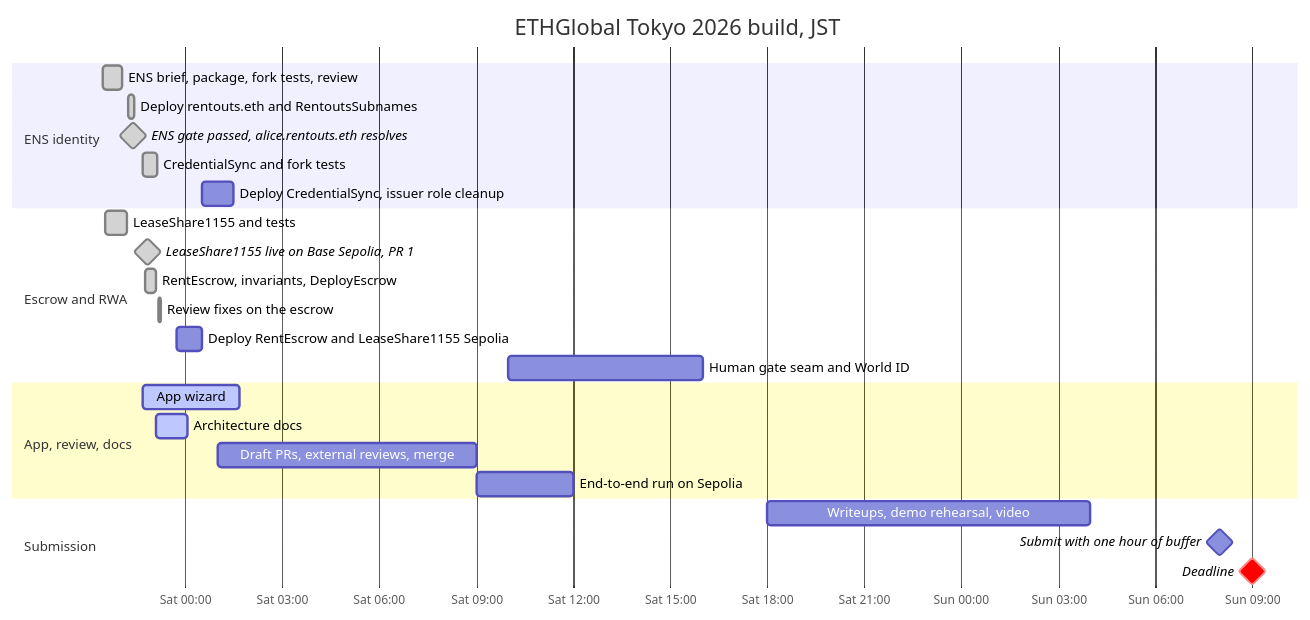
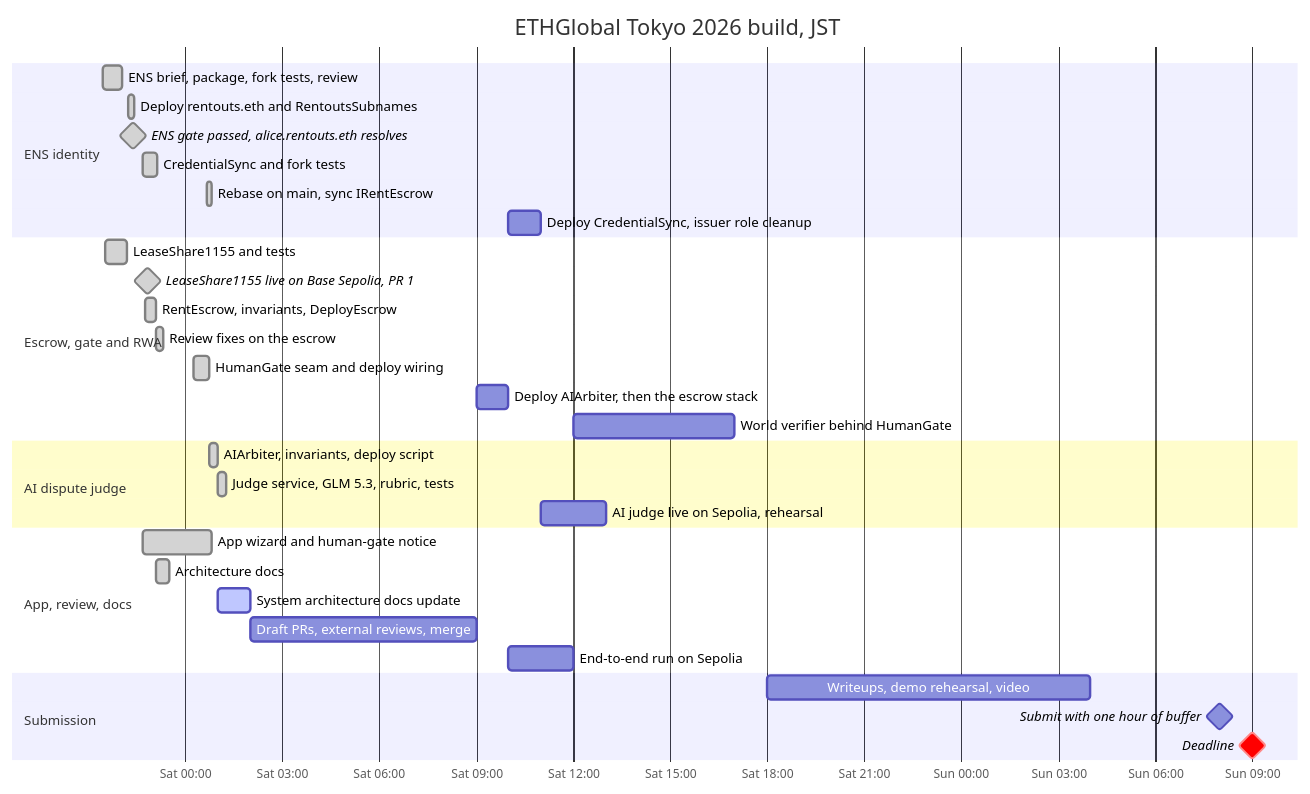
One commit to AiAlchemist0/rentouts-escrow changed the first of 3 diagrams in docs/PLAN.md. Above: the diagram before and after it, drawn with Mermaid. The commit also changed other lines of this file and 6 other files, not shown here.

````diff
--- a/docs/PLAN.md
+++ b/docs/PLAN.md
@@ -34,33 +37,41 @@
 ```mermaid
 gantt
     title ETHGlobal Tokyo 2026 build, JST
     dateFormat YYYY-MM-DD HH:mm
     axisFormat %a %H:%M
     todayMarker off
 
     section ENS identity
     ENS brief, package, fork tests, review        :done, ens1, 2026-09-25 21:27, 35m
     Deploy rentouts.eth and RentoutsSubnames      :done, ens2, 2026-09-25 22:15, 10m
     ENS gate passed, alice.rentouts.eth resolves  :milestone, done, gate, 2026-09-25 22:24, 0m
     CredentialSync and fork tests                 :done, ens3, 2026-09-25 22:42, 25m
-    Deploy CredentialSync, issuer role cleanup    :ens4, 2026-09-26 00:30, 1h
+    Rebase on main, sync IRentEscrow              :done, ens4, 2026-09-26 00:40, 10m
+    Deploy CredentialSync, issuer role cleanup    :ens5, 2026-09-26 10:00, 1h
 
-    section Escrow and RWA
+    section Escrow, gate and RWA
     LeaseShare1155 and tests                      :done, rwa1, 2026-09-25 21:31, 40m
     LeaseShare1155 live on Base Sepolia, PR 1     :milestone, done, rwa2, 2026-09-25 22:51, 0m
     RentEscrow, invariants, DeployEscrow          :done, esc1, 2026-09-25 22:45, 20m
-    Review fixes on the escrow                    :done, esc2, 2026-09-25 23:10, 5m
-    Deploy RentEscrow and LeaseShare1155 Sepolia  :esc3, 2026-09-25 23:45, 45m
-    Human gate seam and World ID                  :world, 2026-09-26 10:00, 6h
+    Review fixes on the escrow                    :done, esc2, 2026-09-25 23:05, 15m
+    HumanGate seam and deploy wiring              :done, gate1, 2026-09-26 00:15, 30m
+    Deploy AIArbiter, then the escrow stack       :esc3, 2026-09-26 09:00, 1h
+    World verifier behind HumanGate               :world, 2026-09-26 12:00, 5h
+
+    section AI dispute judge
+    AIArbiter, invariants, deploy script          :done, ai1, 2026-09-26 00:45, 15m
+    Judge service, GLM 5.3, rubric, tests         :done, ai2, 2026-09-26 01:00, 15m
+    AI judge live on Sepolia, rehearsal           :ai3, 2026-09-26 11:00, 2h
 
     section App, review, docs
-    App wizard                                    :active, app1, 2026-09-25 22:40, 3h
-    Architecture docs                             :active, doc1, 2026-09-25 23:05, 1h
-    Draft PRs, external reviews, merge            :rev, 2026-09-26 01:00, 8h
-    End-to-end run on Sepolia                     :e2e, 2026-09-26 09:00, 3h
+    App wizard and human-gate notice              :done, app1, 2026-09-25 22:40, 130m
+    Architecture docs                             :done, doc1, 2026-09-25 23:05, 25m
+    System architecture docs update               :active, doc2, 2026-09-26 01:00, 1h
+    Draft PRs, external reviews, merge            :rev, 2026-09-26 02:00, 7h
+    End-to-end run on Sepolia                     :e2e, 2026-09-26 10:00, 2h
 
     section Submission
     Writeups, demo rehearsal, video               :sub1, 2026-09-26 18:00, 10h
     Submit with one hour of buffer                :milestone, sub2, 2026-09-27 08:00, 0m
     Deadline                                      :crit, milestone, dl, 2026-09-27 09:00, 0m
 ```
````
